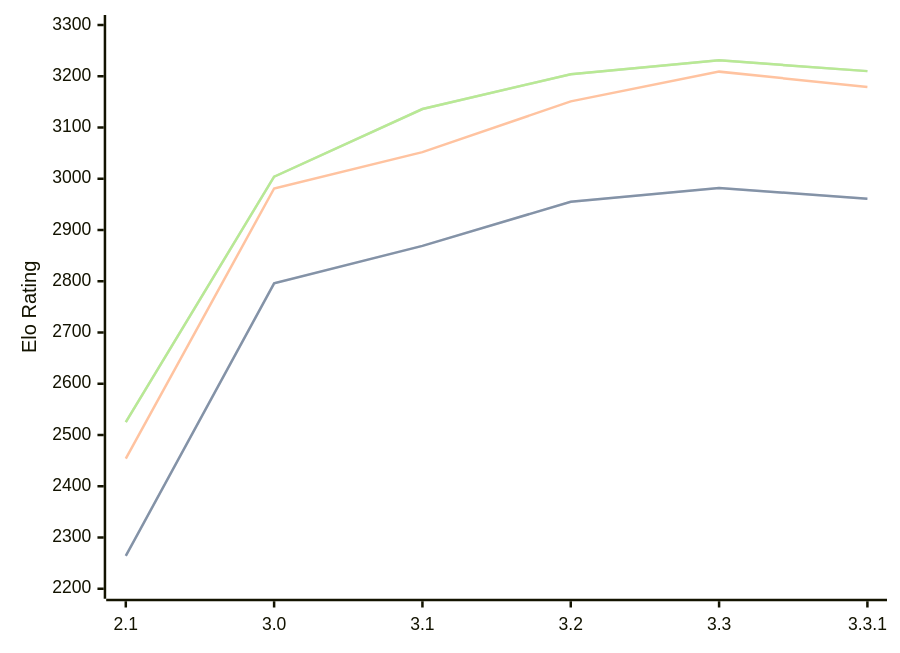
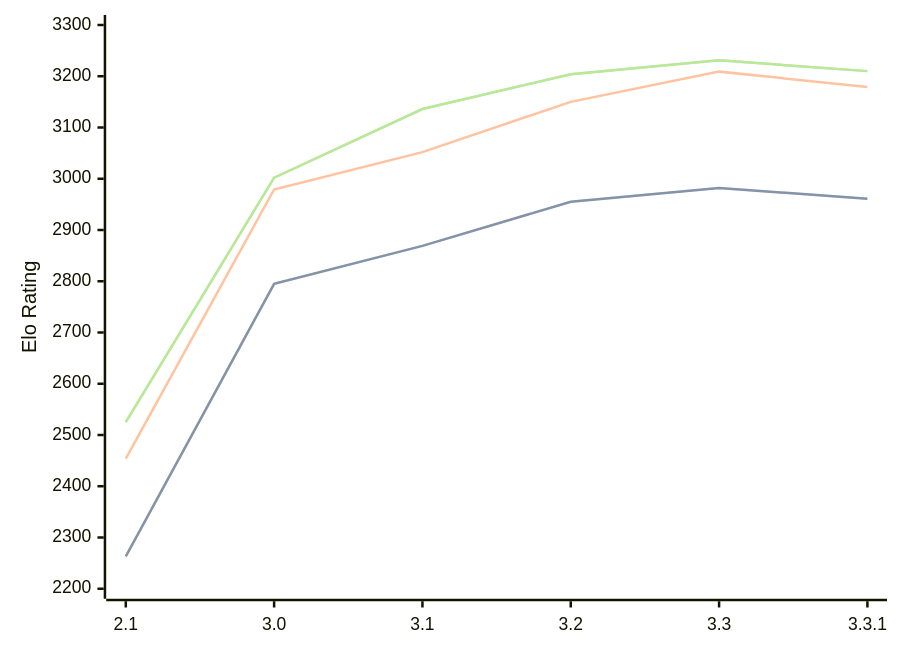
One commit to computer-chess-index/cci changed the diagram in engines/Petrel.md. Above: the diagram before and after it, drawn with Mermaid. The commit also changed other lines of this file, not shown here.

Commit message:
Update CCI Ratings (ELO VLTC) - 2026-03-17

````diff
--- a/engines/Petrel.md
+++ b/engines/Petrel.md
@@ -41,11 +41,11 @@
 ```mermaid
 %%{init: {"theme":"base","themeVariables":{"seriesColors:['#a3a3a3','#222221','#faa371']}}}%%
 xychart-beta
   x-axis ["2.1", "3.0", "3.1", "3.2", "3.3", "3.3.1"]
   y-axis "Elo Rating" 2200 --> 3300
-  line "STC (8.0+0.08s)" [2264, 2796, 2869, 2955, 2982, 2961]
-  line "STC (8.0+0.08s)" [2264, 2796, 2869, 2955, 2982, 2961]
-  line "LTC (60.0+0.60s)" [2454, 2981, 3052, 3151, 3209, 3179]
-  line "VLTC (2m24s+1.12s)" [2525, 3004, 3136, 3204, 3231, 3210]
-  line "VLTC (2m24s+1.12s)" [2525, 3004, 3136, 3204, 3231, 3210]
+  line "STC (8.0+0.08s)" [2263, 2795, 2869, 2955, 2982, 2961]
+  line "STC (8.0+0.08s)" [2263, 2795, 2869, 2955, 2982, 2961]
+  line "LTC (60.0+0.60s)" [2454, 2979, 3052, 3150, 3209, 3179]
+  line "VLTC (2m24s+1.12s)" [2525, 3002, 3136, 3204, 3231, 3210]
+  line "VLTC (2m24s+1.12s)" [2525, 3002, 3136, 3204, 3231, 3210]
 ```
````
